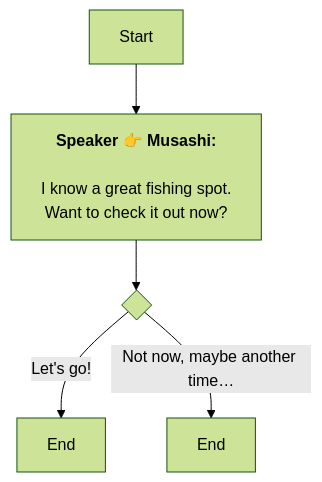
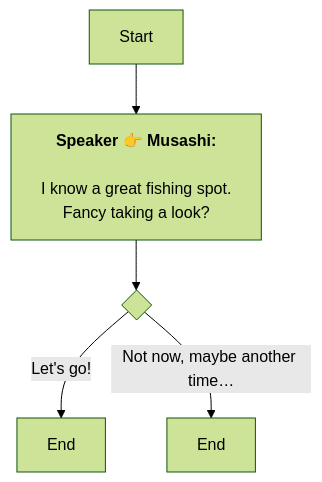
Before and after one commit to SoftHu/tos_avg: the diagram in En/QuestTalkObjectiveNode_1752073784588636.md, drawn with Mermaid (forest theme). The commit also changed 297 other files, not shown here.

````diff
--- a/En/QuestTalkObjectiveNode_1752073784588636.md
+++ b/En/QuestTalkObjectiveNode_1752073784588636.md
@@ -1,11 +1,11 @@
 ```mermaid
 graph
 Start -->1752074396103008[<b>Speaker 👉 Musashi:</b>
 
 I know a great fishing spot.
-Want to check it out now?]
+Fancy taking a look?]
 1752074396103008 -->1752074591035746{ }
 1752074591035746 -->|Let's go!|1752074625830247[End]
 1752074591035746 -->|Not now, maybe another time…|1752074630815080[End]
 
  ```
````
